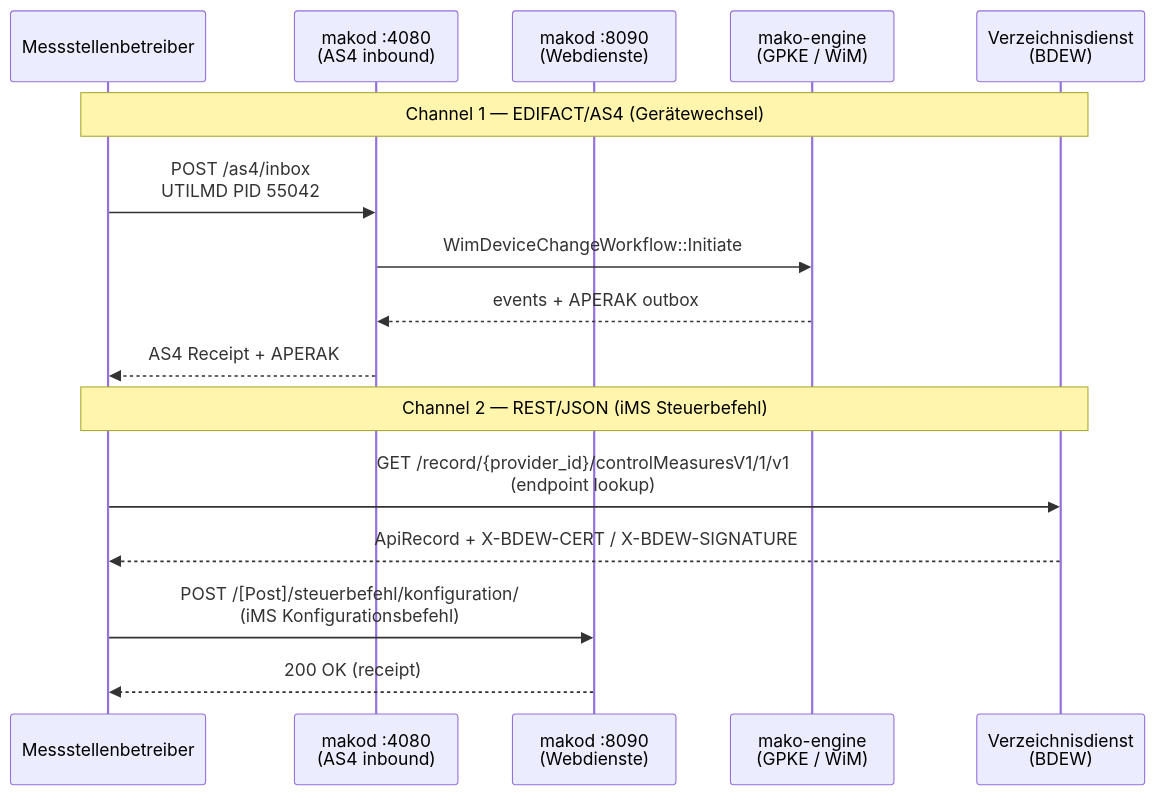
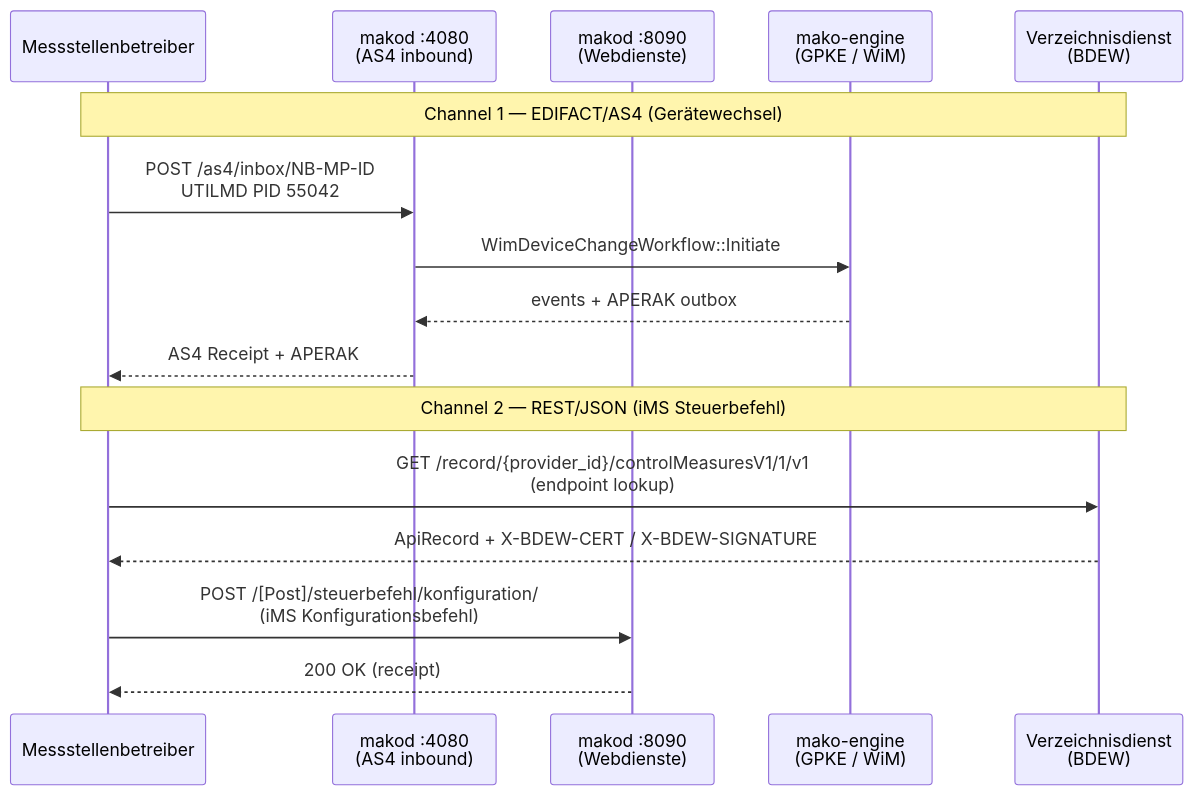
One commit to hupe1980/mako changed the second of 2 diagrams in site/content/docs/architecture/api-webdienste.md. Above: the diagram before and after it, drawn with Mermaid. The commit also changed other lines of this file and 205 other files, not shown here.

````diff
--- a/site/content/docs/architecture/api-webdienste.md
+++ b/site/content/docs/architecture/api-webdienste.md
@@ -109,20 +109,20 @@
 ```mermaid
 sequenceDiagram
     participant MSB as Messstellenbetreiber
     participant NB_AS4 as makod :4080<br/>(AS4 inbound)
     participant NB_WEB as makod :8090<br/>(Webdienste)
     participant engine as mako-engine<br/>(GPKE / WiM)
     participant dir as Verzeichnisdienst<br/>(BDEW)
 
     Note over MSB,dir: Channel 1 — EDIFACT/AS4 (Gerätewechsel)
-    MSB->>NB_AS4: POST /as4/inbox<br/>UTILMD PID 55042
+    MSB->>NB_AS4: POST /as4/inbox/NB-MP-ID<br/>UTILMD PID 55042
     NB_AS4->>engine: WimDeviceChangeWorkflow::Initiate
     engine-->>NB_AS4: events + APERAK outbox
     NB_AS4-->>MSB: AS4 Receipt + APERAK
 
     Note over MSB,dir: Channel 2 — REST/JSON (iMS Steuerbefehl)
     MSB->>dir: GET /record/{provider_id}/controlMeasuresV1/1/v1<br/>(endpoint lookup)
     dir-->>MSB: ApiRecord + X-BDEW-CERT / X-BDEW-SIGNATURE
     MSB->>NB_WEB: POST /[Post]/steuerbefehl/konfiguration/<br/>(iMS Konfigurationsbefehl)
     NB_WEB-->>MSB: 200 OK (receipt)
 ```
````
